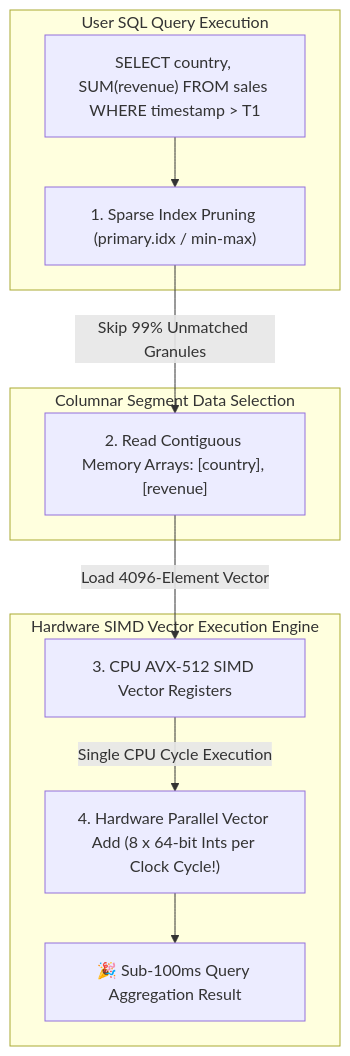
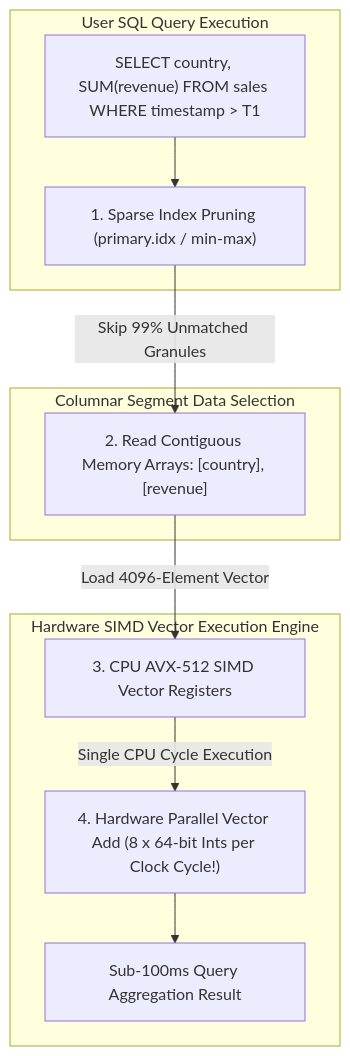
Before and after one commit to akmalkhaniub/akmalkhaniub.github.io: the diagram in blog/posts/vectorized-real-time-analytics-clickhouse-pinot-simd.md, drawn with Mermaid. The commit also changed 411 other files, not shown here.

````diff
--- a/blog/posts/vectorized-real-time-analytics-clickhouse-pinot-simd.md
+++ b/blog/posts/vectorized-real-time-analytics-clickhouse-pinot-simd.md
@@ -19,16 +19,16 @@
 ```mermaid
-graph TD
+flowchart TD
   subgraph SG1_UserSqlQuery ["User SQL Query Execution"]
     Query["SELECT country, SUM(revenue) FROM sales WHERE timestamp > T1"] --> SparseIndex["1. Sparse Index Pruning (primary.idx / min-max)"]
   end
   
   subgraph SG2_ColumnarSegmentData ["Columnar Segment Data Selection"]
     SparseIndex -->|Skip 99% Unmatched Granules| SelectedColumns["2. Read Contiguous Memory Arrays: [country], [revenue]"]
   end
   
   subgraph SG3_HardwareSimdVector ["Hardware SIMD Vector Execution Engine"]
     SelectedColumns -->|Load 4096-Element Vector| SIMDRegisters["3. CPU AVX-512 SIMD Vector Registers"]
     SIMDRegisters -->|Single CPU Cycle Execution| SIMDAdd["4. Hardware Parallel Vector Add (8 x 64-bit Ints per Clock Cycle!)"]
-    SIMDAdd --> AggregateResult["🎉 Sub-100ms Query Aggregation Result"]
+    SIMDAdd --> AggregateResult[" Sub-100ms Query Aggregation Result"]
   end
 ```
````
